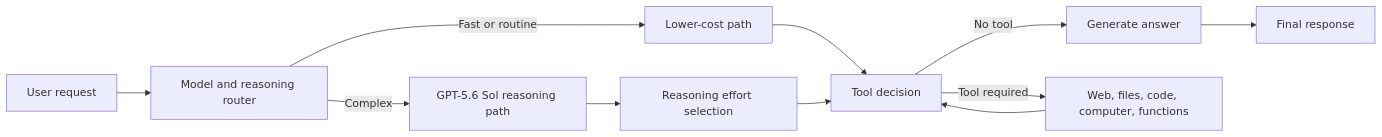
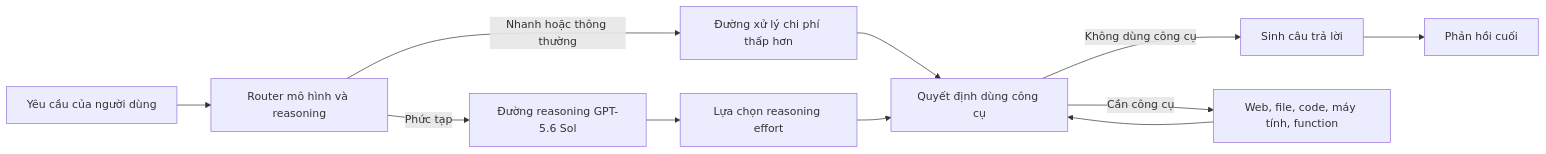
One commit to cycler04/VinRobotics-VLA changed the third of 28 diagrams in docs/research_finding/01-gwen/broad_overview/LLM_VLM/recent_llm_overview.md. Above: the diagram before and after it, drawn with Mermaid. The commit also changed other lines of this file and 79 other files, not shown here.

````diff
--- a/docs/research_finding/01-gwen/broad_overview/LLM_VLM/recent_llm_overview.md
+++ b/docs/research_finding/01-gwen/broad_overview/LLM_VLM/recent_llm_overview.md
@@ -141,13 +141,13 @@
 ```mermaid
 flowchart LR
-    U[User request] --> R[Model and reasoning router]
-    R -->|Fast or routine| F[Lower-cost path]
-    R -->|Complex| S[GPT-5.6 Sol reasoning path]
-    S --> E[Reasoning effort selection]
-    F --> T[Tool decision]
+    U[Yêu cầu của người dùng] --> R[Router mô hình và reasoning]
+    R -->|Nhanh hoặc thông thường| F[Đường xử lý chi phí thấp hơn]
+    R -->|Phức tạp| S[Đường reasoning GPT-5.6 Sol]
+    S --> E[Lựa chọn reasoning effort]
+    F --> T[Quyết định dùng công cụ]
     E --> T
-    T -->|No tool| D[Generate answer]
-    T -->|Tool required| X[Web, files, code, computer, functions]
+    T -->|Không dùng công cụ| D[Sinh câu trả lời]
+    T -->|Cần công cụ| X[Web, file, code, máy tính, function]
     X --> T
-    D --> O[Final response]
+    D --> O[Phản hồi cuối]
 ```
````
